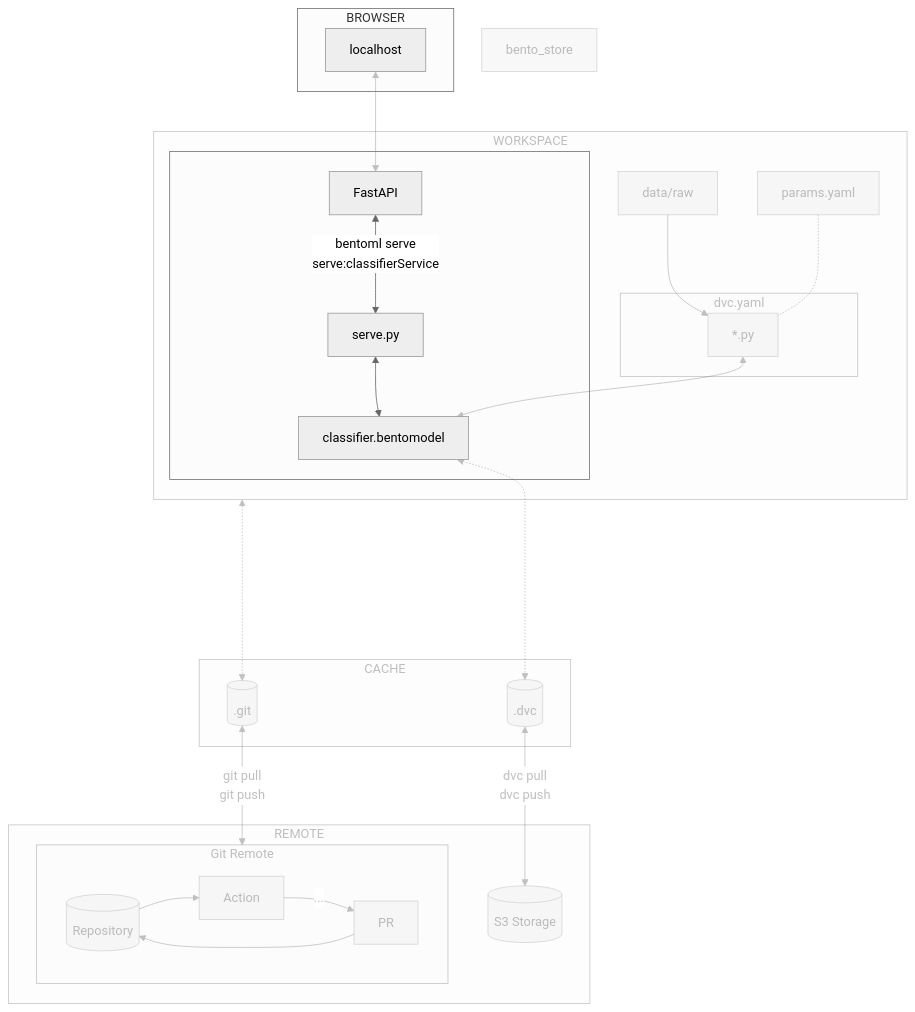
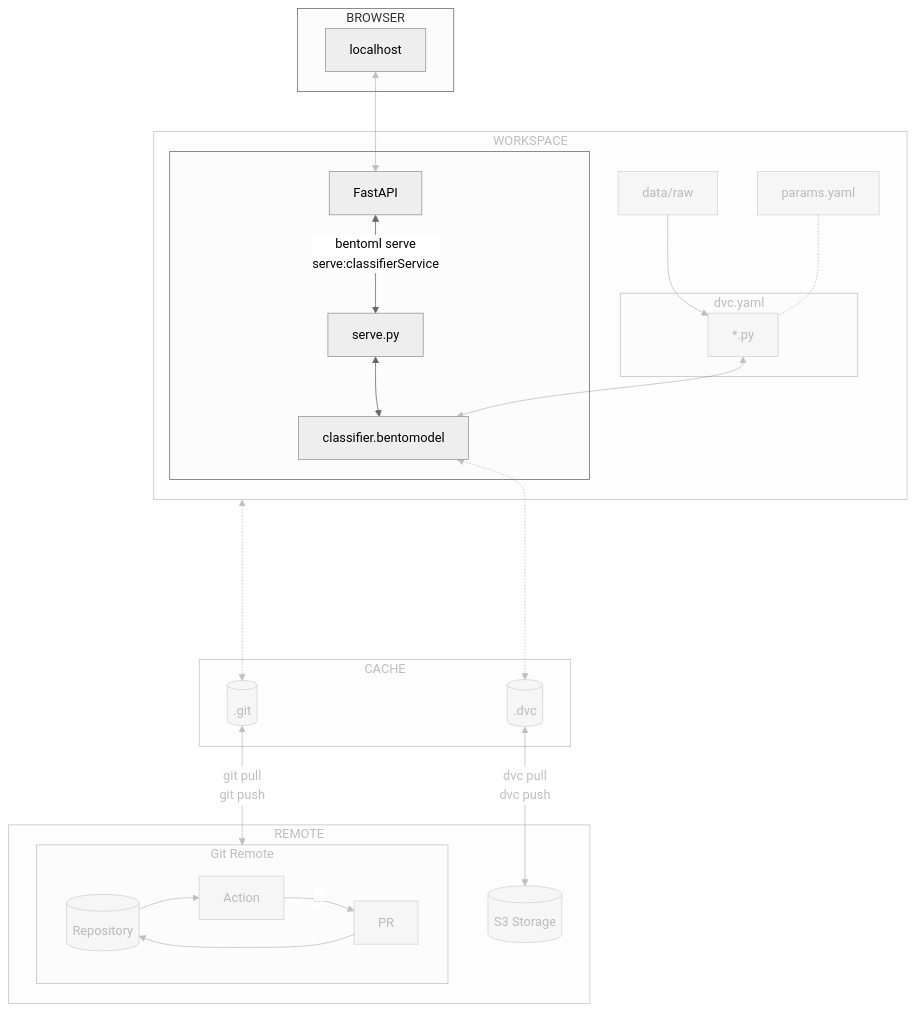
One commit to swiss-ai-center/a-guide-to-mlops changed the diagram in docs/part-3-serve-and-deploy-the-model/chapter-12-serve-the-model-locally-with-bentoml.md. Above: the diagram before and after it, drawn with Mermaid (neutral theme). The commit also changed 2 other files, not shown here.

Commit message:
Update mermaid graphs for split chapters

````diff
--- a/docs/part-3-serve-and-deploy-the-model/chapter-12-serve-the-model-locally-with-bentoml.md
+++ b/docs/part-3-serve-and-deploy-the-model/chapter-12-serve-the-model-locally-with-bentoml.md
@@ -18,62 +18,61 @@
 ```mermaid
 flowchart TB
     dot_dvc[(.dvc)] <-->|dvc pull\ndvc push| s3_storage[(S3 Storage)]
     dot_git[(.git)] <-->|git pull\ngit push| gitGraph[Git Remote]
     workspaceGraph <-....-> dot_git
     data[data/raw]
     subgraph remoteGraph[REMOTE]
         s3_storage
         subgraph gitGraph[Git Remote]
             repository[(Repository)] --> action[Action]
             action[Action] --> |...|request[PR]
             request --> repository[(Repository)]
         end
     end
     subgraph cacheGraph[CACHE]
         dot_dvc
         dot_git
     end
     subgraph workspaceGraph[WORKSPACE]
         data --> code[*.py]
         subgraph dvcGraph["dvc.yaml"]
             code
         end
         params[params.yaml] -.- code
         subgraph bentoGraph[" "]
             bento_model[classifier.bentomodel]
             serve[serve.py] <--> bento_model
             fastapi[FastAPI] <--> |bentoml serve\nserve:classifierService| serve
         end
         bento_model <-.-> dot_dvc
         code <--> bento_model
     end
     subgraph browserGraph[BROWSER]
         localhost <--> fastapi
     end
     style workspaceGraph opacity:0.4,color:#7f7f7f80
     style dvcGraph opacity:0.4,color:#7f7f7f80
     style cacheGraph opacity:0.4,color:#7f7f7f80
     style data opacity:0.4,color:#7f7f7f80
     style dot_git opacity:0.4,color:#7f7f7f80
     style dot_dvc opacity:0.4,color:#7f7f7f80
     style code opacity:0.4,color:#7f7f7f80
-    style bento_store opacity:0.4,color:#7f7f7f80
     style params opacity:0.4,color:#7f7f7f80
     style s3_storage opacity:0.4,color:#7f7f7f80
     style repository opacity:0.4,color:#7f7f7f80
     style action opacity:0.4,color:#7f7f7f80
     style request opacity:0.4,color:#7f7f7f80
     style remoteGraph opacity:0.4,color:#7f7f7f80
     style gitGraph opacity:0.4,color:#7f7f7f80
     linkStyle 0 opacity:0.4,color:#7f7f7f80
     linkStyle 1 opacity:0.4,color:#7f7f7f80
     linkStyle 2 opacity:0.4,color:#7f7f7f80
     linkStyle 3 opacity:0.4,color:#7f7f7f80
     linkStyle 4 opacity:0.4,color:#7f7f7f80
     linkStyle 5 opacity:0.4,color:#7f7f7f80
     linkStyle 6 opacity:0.4,color:#7f7f7f80
     linkStyle 7 opacity:0.4,color:#7f7f7f80
     linkStyle 10 opacity:0.4,color:#7f7f7f80
     linkStyle 11 opacity:0.4,color:#7f7f7f80
     linkStyle 12 opacity:0.4,color:#7f7f7f80
 ```
````
